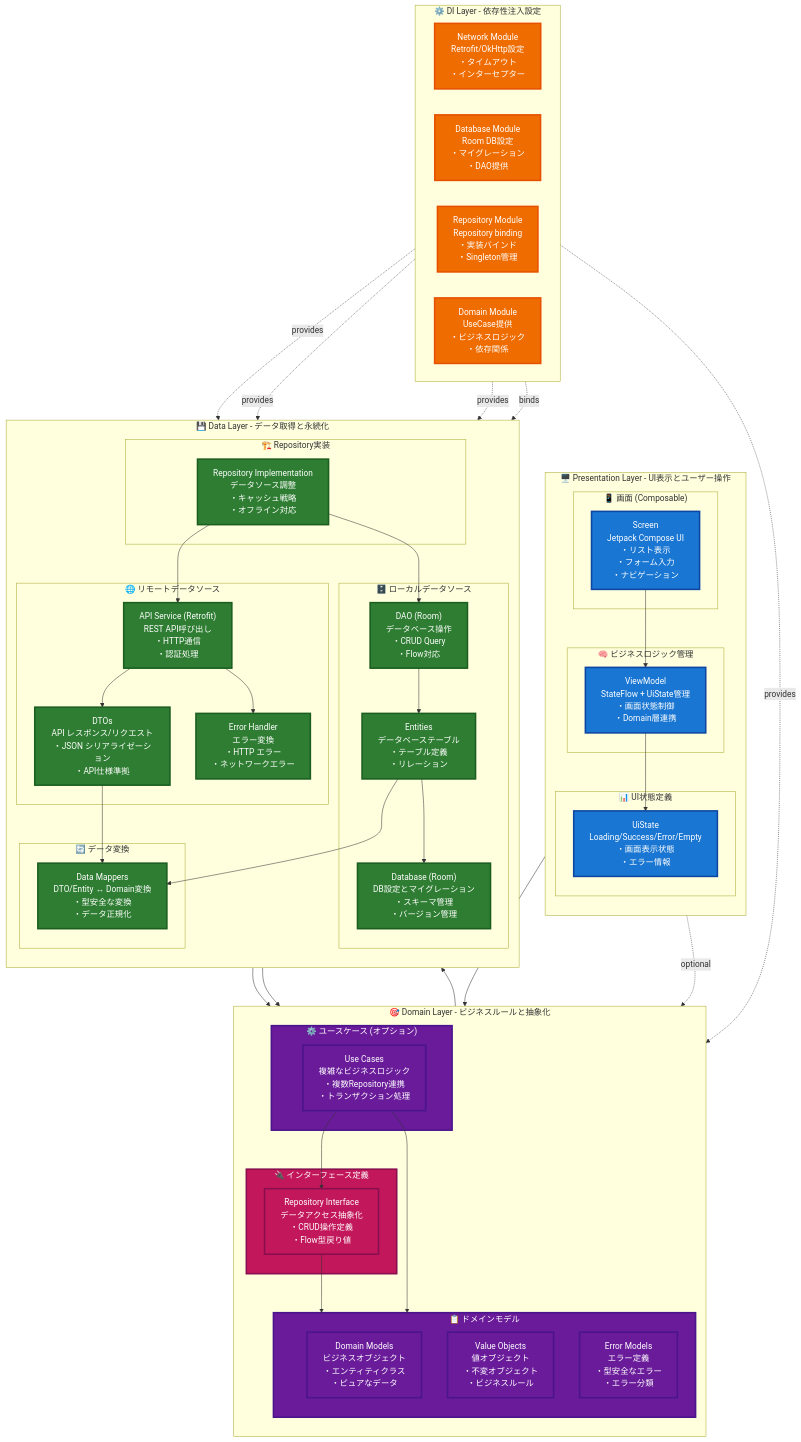
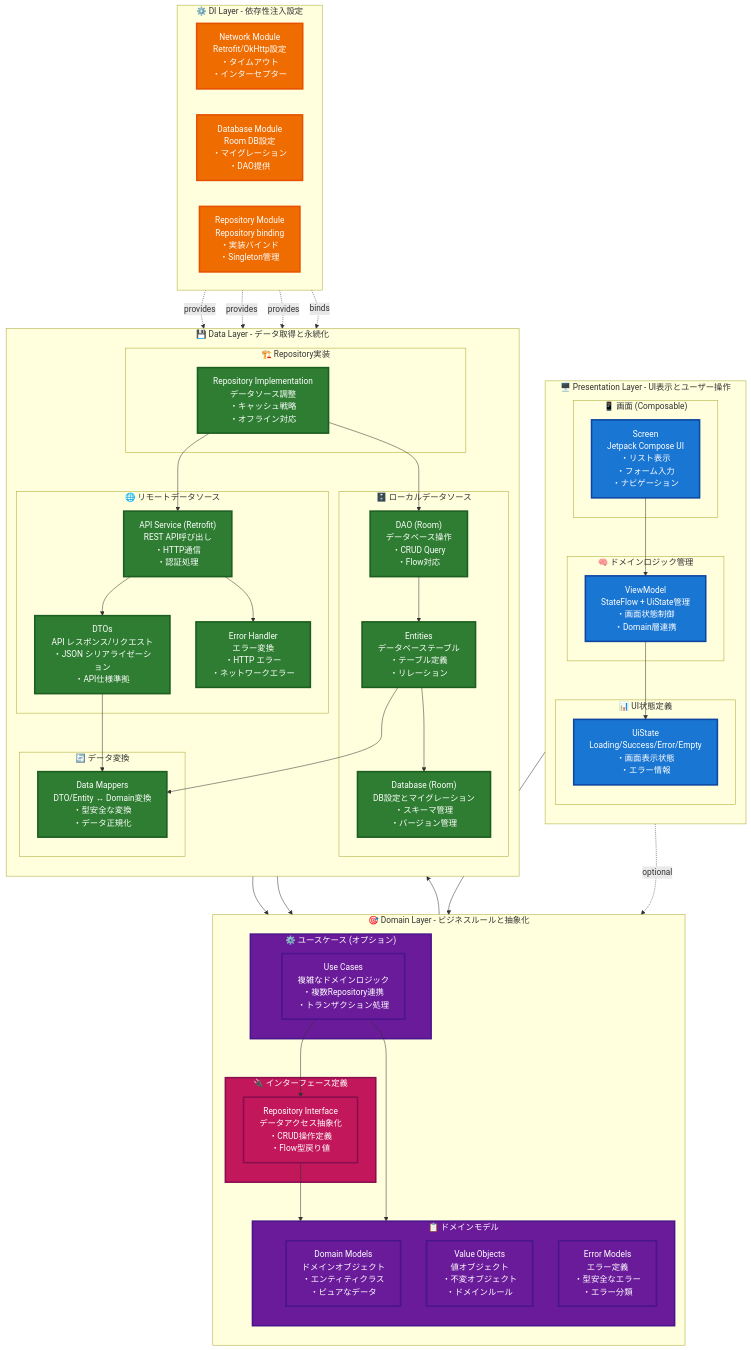
Before and after one commit to shimanukims/android-base: the first of 7 diagrams in ARCHITECTURE_GUIDE.md, drawn with Mermaid. The commit also changed other lines of this file, not shown here.

Commit message:
change architecture guide

````diff
--- a/ARCHITECTURE_GUIDE.md
+++ b/ARCHITECTURE_GUIDE.md
@@ -16,7 +16,7 @@
             Screen["Screen<br/>Jetpack Compose UI<br/>・リスト表示<br/>・フォーム入力<br/>・ナビゲーション"]
         end
         
-        subgraph ViewModels ["🧠 ビジネスロジック管理"]
+        subgraph ViewModels ["🧠 ドメインロジック管理"]
             ViewModel["ViewModel<br/>StateFlow + UiState管理<br/>・画面状態制御<br/>・Domain層連携"]
         end
         
@@ -39,13 +39,13 @@
         end
         
         subgraph Models ["📋 ドメインモデル"]
-            DomainModel["Domain Models<br/>ビジネスオブジェクト<br/>・エンティティクラス<br/>・ピュアなデータ"]
-            ValueObject["Value Objects<br/>値オブジェクト<br/>・不変オブジェクト<br/>・ビジネスルール"]
+            DomainModel["Domain Models<br/>ドメインオブジェクト<br/>・エンティティクラス<br/>・ピュアなデータ"]
+            ValueObject["Value Objects<br/>値オブジェクト<br/>・不変オブジェクト<br/>・ドメインルール"]
             ErrorModel["Error Models<br/>エラー定義<br/>・型安全なエラー<br/>・エラー分類"]
         end
         
         subgraph UseCases ["⚙️ ユースケース (オプション)"]
-            UseCase["Use Cases<br/>複雑なビジネスロジック<br/>・複数Repository連携<br/>・トランザクション処理"]
+            UseCase["Use Cases<br/>複雑なドメインロジック<br/>・複数Repository連携<br/>・トランザクション処理"]
         end
         
         Repository --> Models
@@ -99,7 +99,6 @@
         NetworkModule["Network Module<br/>Retrofit/OkHttp設定<br/>・タイムアウト<br/>・インターセプター"]
         DatabaseModule["Database Module<br/>Room DB設定<br/>・マイグレーション<br/>・DAO提供"]
         RepositoryModule["Repository Module<br/>Repository binding<br/>・実装バインド<br/>・Singleton管理"]
-        DomainModule["Domain Module<br/>UseCase提供<br/>・ビジネスロジック<br/>・依存関係"]
     end
     
     %% =================================================================
@@ -116,7 +115,6 @@
     DatabaseModule -.provides.-> DAO
     DatabaseModule -.provides.-> Database
     RepositoryModule -.binds.-> RepositoryImpl
-    DomainModule -.provides.-> UseCase
     
     %% =================================================================
     %% スタイリング定義 - VSCode対応で濃い色に変更
@@ -130,7 +128,7 @@
     class Screen,ViewModel,UiStateClasses presentationStyle
     class Models,DomainModel,ValueObject,ErrorModel domainStyle
     class RepositoryImpl,API,DTO,DAO,Entity,Database,Mapper,ErrorHandler dataStyle
-    class NetworkModule,DatabaseModule,RepositoryModule,DomainModule diStyle
+    class NetworkModule,DatabaseModule,RepositoryModule diStyle
     class Repository,Interfaces interfaceStyle
     class UseCase,UseCases domainStyle
 ```
````
